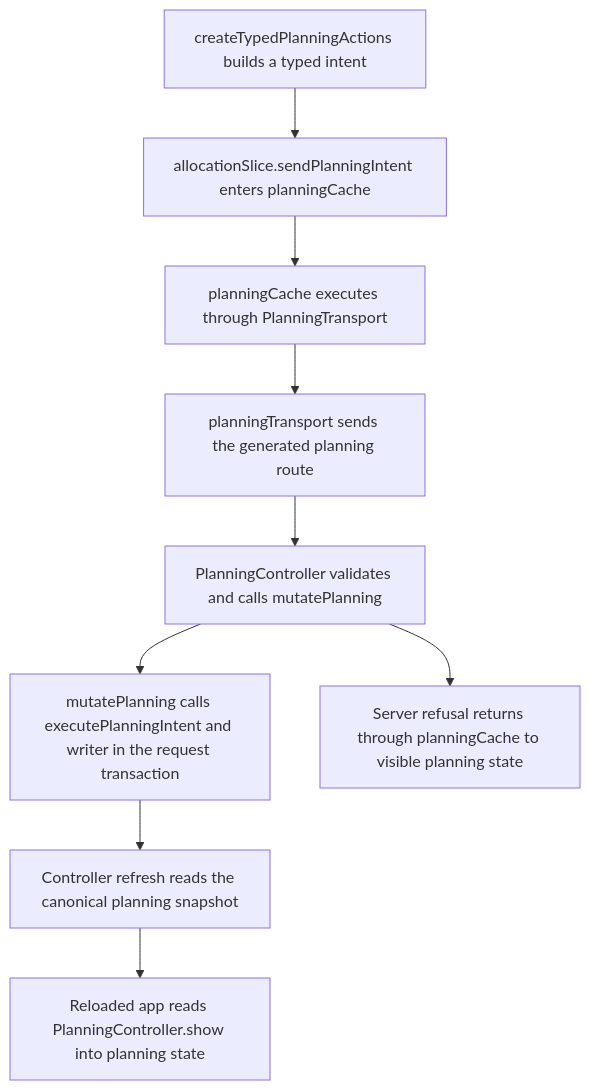
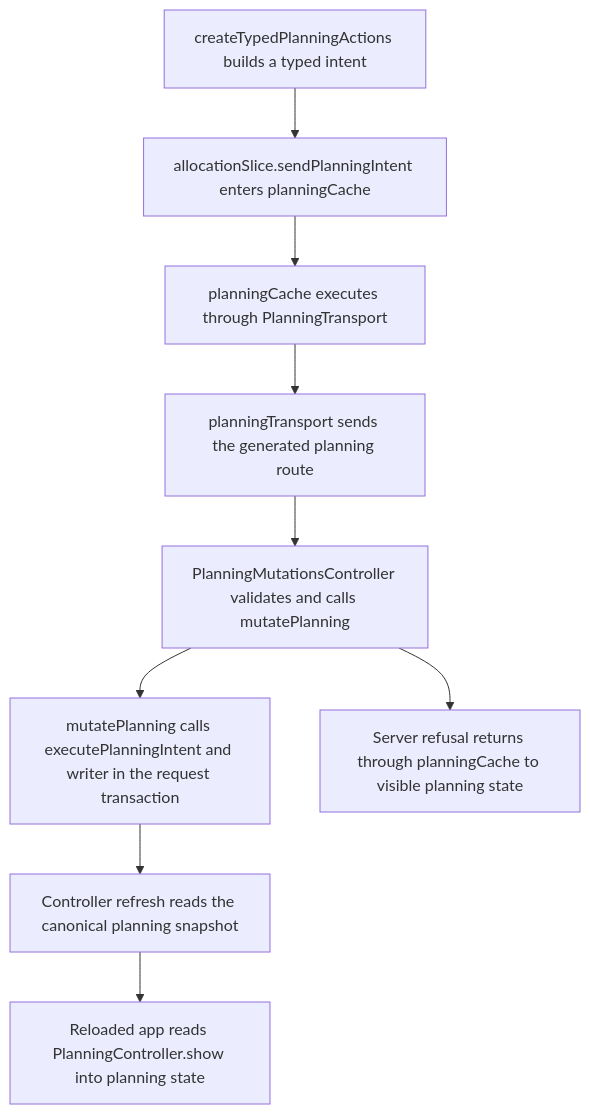
One commit to Kevinjohn/capacitylens changed the second of 2 diagrams in user-stories/data/US-DAT-05-persist-reload.md. Above: the diagram before and after it, drawn with Mermaid. The commit also changed other lines of this file and 139 other files, not shown here.

````diff
--- a/user-stories/data/US-DAT-05-persist-reload.md
+++ b/user-stories/data/US-DAT-05-persist-reload.md
@@ -28,11 +28,11 @@
 ```mermaid
 flowchart TD
   action["createTypedPlanningActions builds a typed intent"] --> slice["allocationSlice.sendPlanningIntent enters planningCache"]
   slice --> controller["planningCache executes through PlanningTransport"]
   controller --> transport["planningTransport sends the generated planning route"]
-  transport --> endpoint["PlanningController validates and calls mutatePlanning"]
+  transport --> endpoint["PlanningMutationsController validates and calls mutatePlanning"]
   endpoint --> persist["mutatePlanning calls executePlanningIntent and writer in the request transaction"]
   persist --> refresh["Controller refresh reads the canonical planning snapshot"]
   refresh --> reload["Reloaded app reads PlanningController.show into planning state"]
   endpoint --> refusal["Server refusal returns through planningCache to visible planning state"]
 ```
````
